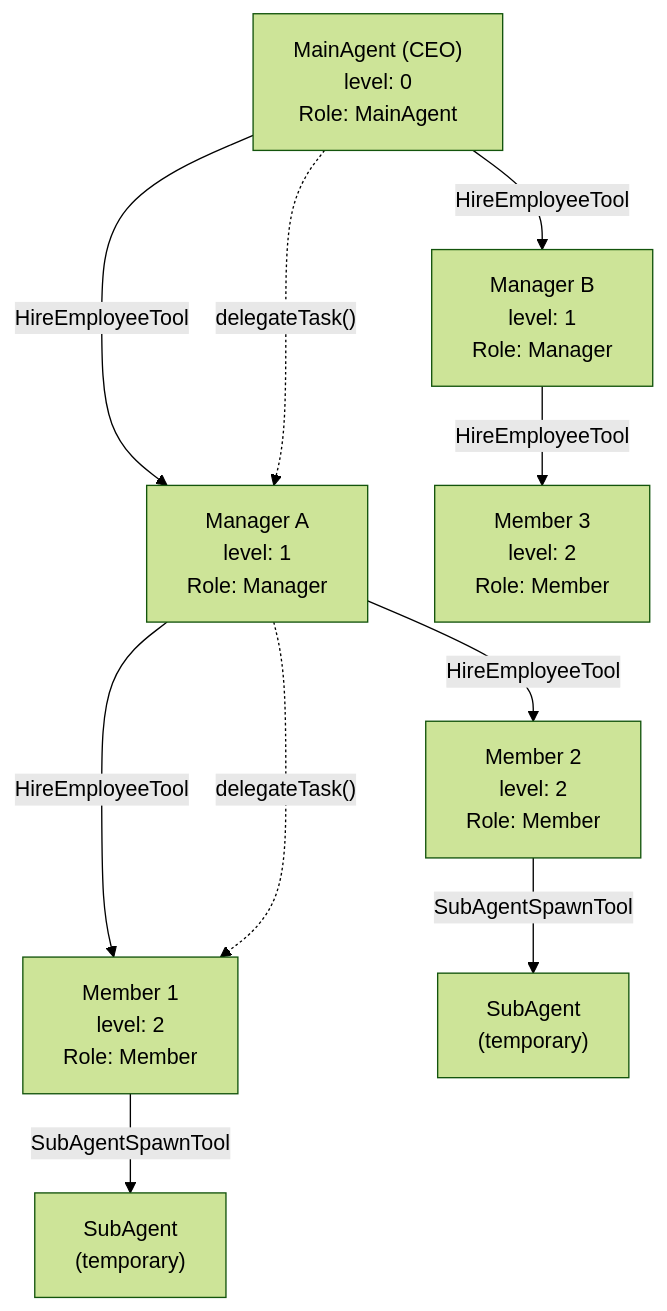
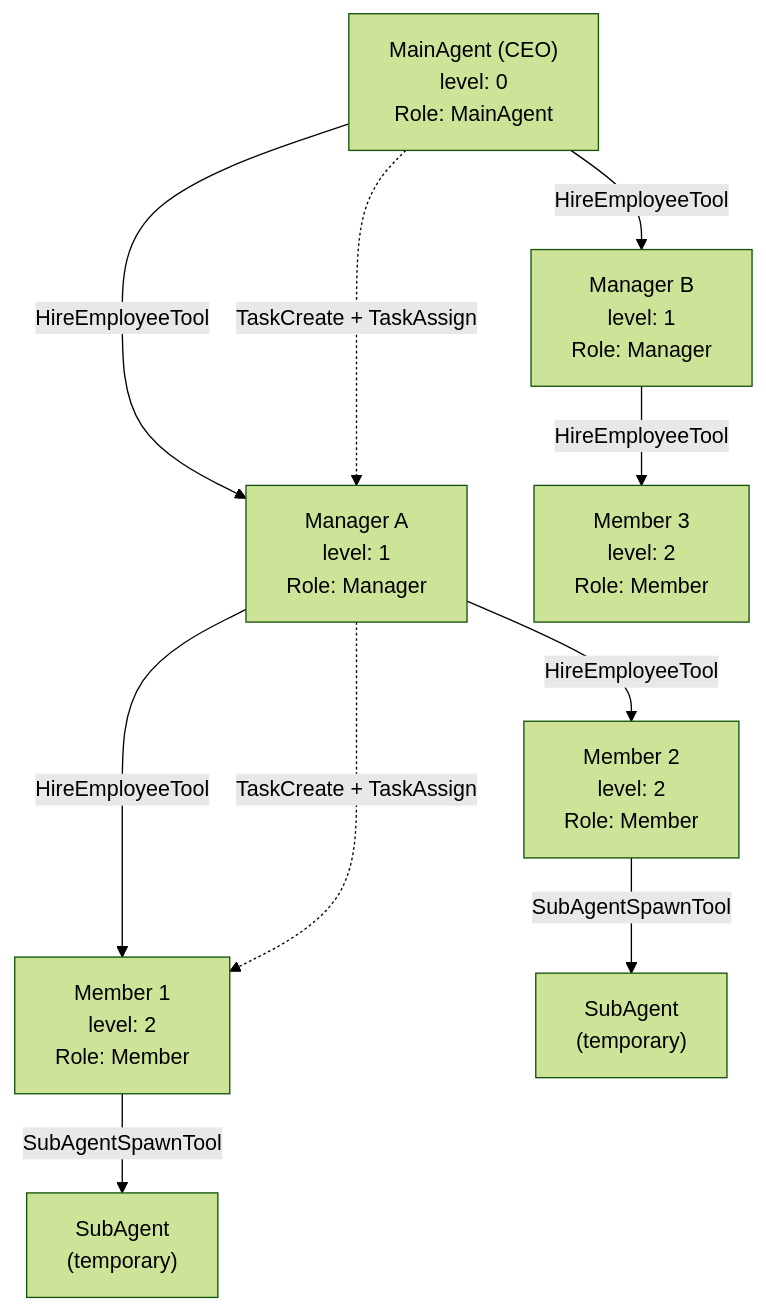
One commit to AnoCod/AnoClaw changed the third of 5 diagrams in AGENTS.md. Above: the diagram before and after it, drawn with Mermaid (forest theme). The commit also changed other lines of this file and 90 other files, not shown here.

````diff
--- a/AGENTS.md
+++ b/AGENTS.md
@@ -209,22 +214,22 @@
 ```mermaid
 graph TB
     CEO["MainAgent (CEO)<br/>level: 0<br/>Role: MainAgent"]
     MGR1["Manager A<br/>level: 1<br/>Role: Manager"]
     MGR2["Manager B<br/>level: 1<br/>Role: Manager"]
     MEM1["Member 1<br/>level: 2<br/>Role: Member"]
     MEM2["Member 2<br/>level: 2<br/>Role: Member"]
     MEM3["Member 3<br/>level: 2<br/>Role: Member"]
     SA1["SubAgent<br/>(temporary)"]
     SA2["SubAgent<br/>(temporary)"]
 
     CEO -->|"HireEmployeeTool"| MGR1
     CEO -->|"HireEmployeeTool"| MGR2
     MGR1 -->|"HireEmployeeTool"| MEM1
     MGR1 -->|"HireEmployeeTool"| MEM2
     MGR2 -->|"HireEmployeeTool"| MEM3
     MEM1 -->|"SubAgentSpawnTool"| SA1
     MEM2 -->|"SubAgentSpawnTool"| SA2
 
-    CEO -..->|"delegateTask()"| MGR1
-    MGR1 -..->|"delegateTask()"| MEM1
+    CEO -..->|"TaskCreate + TaskAssign"| MGR1
+    MGR1 -..->|"TaskCreate + TaskAssign"| MEM1
 ```
````
